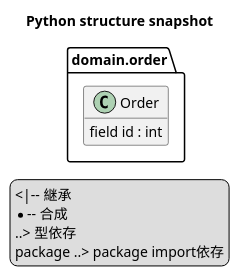
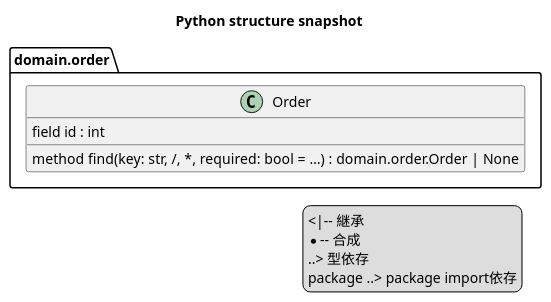
One commit to chemitaro/code-structure-viz changed the second of 2 diagrams in spec-dock/initiatives/init-00001-code-structure-visualization/epics/epic-00002-safe-git-structure-comparison/issues/iss-00004-generate-python-structure-snapshots/design.md. Above: the diagram before and after it, drawn with PlantUML. The commit also changed other lines of this file and 2 other files, not shown here.

Commit message:
docs(spec-dock): Python構造スナップショット仕様を厳密化 - HEAD判定、non-UTF-8パス、明示target不在の失敗契約を追加 - Pythonモデルの正規化、診断、型表現、PlantUML出力規則を明確化 - canonical化、golden、受け入れテスト計画を拡充

````diff
--- a/spec-dock/initiatives/init-00001-code-structure-visualization/epics/epic-00002-safe-git-structure-comparison/issues/iss-00004-generate-python-structure-snapshots/design.md
+++ b/spec-dock/initiatives/init-00001-code-structure-visualization/epics/epic-00002-safe-git-structure-comparison/issues/iss-00004-generate-python-structure-snapshots/design.md
@@ -895,19 +1070,20 @@
 ```plantuml
 @startuml
 title Python structure snapshot
 left to right direction
 skinparam classAttributeIconSize 0
 hide empty members
 package "domain.order" as M_1111111111111111111111111111111111111111111111111111111111111111 {
   class "Order" as C_2222222222222222222222222222222222222222222222222222222222222222 {
     field id : int
+    method find(key: str, /, *, required: bool = …) : domain.order.Order | None
   }
 }
 legend right
   <|-- 継承
   *-- 合成
   ..> 型依存
   package ..> package import依存
 endlegend
 @enduml
 ```
````
